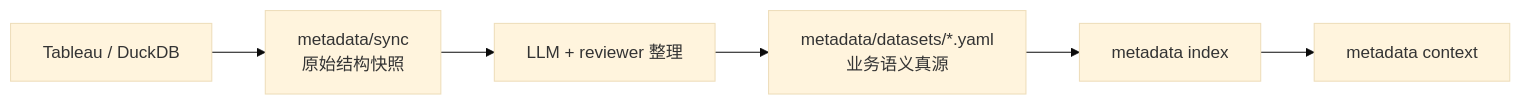
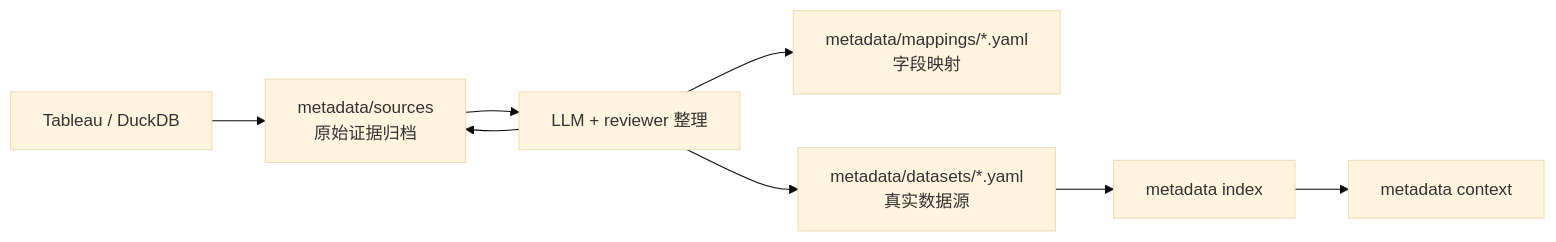
The diagram in metadata/sync/README.md (dabaige53/RealAnalyst), drawn with Mermaid (base theme) before and after one commit. The commit also changed other lines of this file and 27 other files, not shown here.

Commit message:
Define layered metadata YAML structure

````diff
--- a/metadata/sync/README.md
+++ b/metadata/sync/README.md
@@ -12,8 +12,10 @@
 ```mermaid
 flowchart LR
     T[Tableau / DuckDB] --> S[metadata/sync<br/>原始结构快照]
     S --> Review[LLM + reviewer 整理]
-    Review --> D[metadata/datasets/*.yaml<br/>业务语义真源]
+    Review --> S[metadata/sources<br/>原始证据归档]
+    Review --> M[metadata/mappings/*.yaml<br/>字段映射]
+    Review --> D[metadata/datasets/*.yaml<br/>真实数据源]
     D --> IDX[metadata index]
     IDX --> CTX[metadata context]
 ```
````
